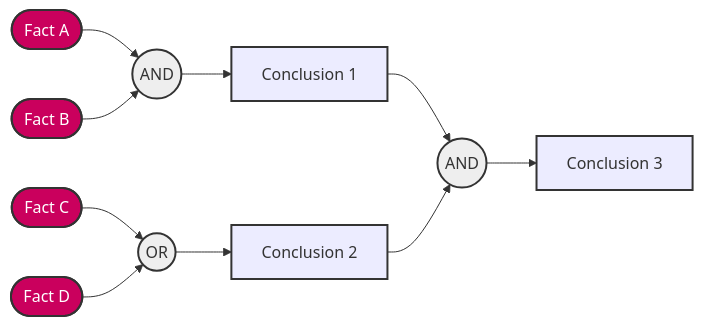
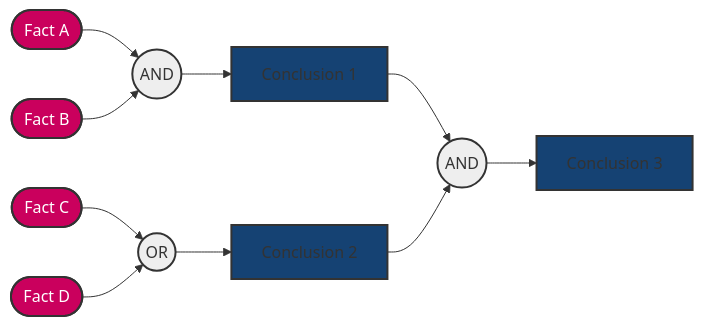
The sixth of 7 diagrams in octopoes/docs/diagrams.md (minvws/nl-kat-coordination), drawn with Mermaid before and after one commit.

Commit message:
docs(octopoes): diagrams

````diff
--- a/octopoes/docs/diagrams.md
+++ b/octopoes/docs/diagrams.md
@@ -106,30 +106,30 @@
 ```mermaid
 flowchart LR
 
     A(["Fact A"])
     B(["Fact B"])
     C(["Fact C"])
     D(["Fact D"])
     
     C1["Conclusion 1"]
     C2["Conclusion 2"]
     C3["Conclusion 3"]
     
     O1(("AND"))
     O2(("OR"))
     O3(("AND"))
     
     A --> O1 --> C1 --> O3 --> C3
     B --> O1
     
     C --> O2 --> C2 --> O3
     D --> O2
     
     classDef fact fill:#ca005d,stroke:#333,color:white,stroke-width:2px;
-    classDef conclusion #154273:#eee,stroke:#333,stroke-width:2px;
+    classDef conclusion fill:#154273,stroke:#333,stroke-width:2px;
     classDef operator fill:#eee,stroke:#333,stroke-width:2px;
     class A,B,C,D fact
     class C1,C2,C3 conclusion
     class O1,O2,O3 operator
     
 ```
````
